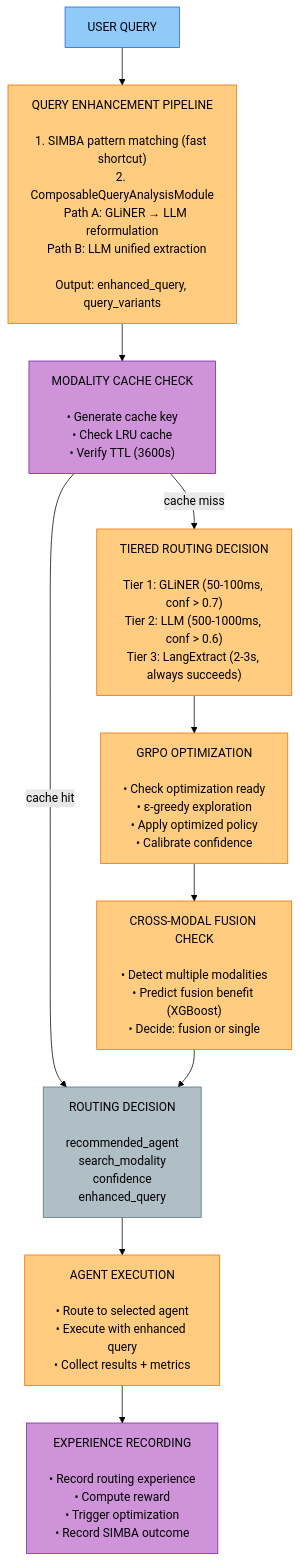
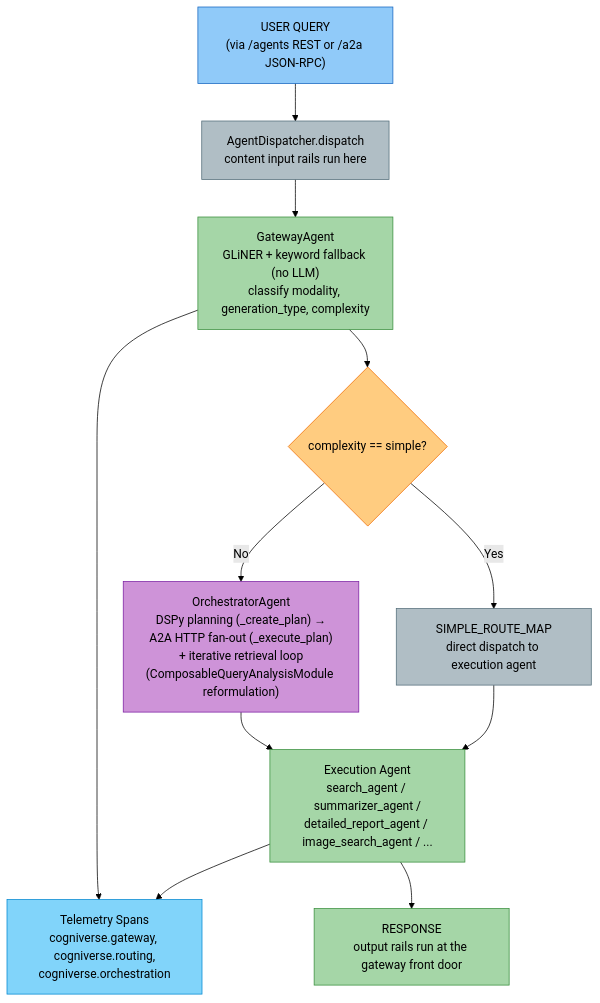
Before and after one commit to amit-jain/cogniverse: the fourth of 4 diagrams in docs/modules/routing.md, drawn with Mermaid (forest theme). The commit also changed other lines of this file and 50 other files, not shown here.

First line of the commit message:
Complete and verify docs against code with mermaid palette

````diff
--- a/docs/modules/routing.md
+++ b/docs/modules/routing.md
@@ -690,40 +709,41 @@
 ```mermaid
 flowchart TB
-    UserQuery["<span style='color:#000'>USER QUERY</span>"]
+    UserQuery["<span style='color:#000'>USER QUERY<br/>(via /agents REST or /a2a JSON-RPC)</span>"]
 
-    Enhancement["<span style='color:#000'>QUERY ENHANCEMENT PIPELINE<br/><br/>1. SIMBA pattern matching (fast shortcut)<br/>2. ComposableQueryAnalysisModule<br/>   Path A: GLiNER → LLM reformulation<br/>   Path B: LLM unified extraction<br/><br/>Output: enhanced_query, query_variants</span>"]
+    Dispatcher["<span style='color:#000'>AgentDispatcher.dispatch<br/>content input rails run here</span>"]
 
-    Cache["<span style='color:#000'>MODALITY CACHE CHECK<br/><br/>• Generate cache key<br/>• Check LRU cache<br/>• Verify TTL (3600s)</span>"]
+    Gateway["<span style='color:#000'>GatewayAgent<br/>GLiNER + keyword fallback (no LLM)<br/>classify modality, generation_type, complexity</span>"]
 
-    Tiered["<span style='color:#000'>TIERED ROUTING DECISION<br/><br/>Tier 1: GLiNER (50-100ms, conf > 0.7)<br/>Tier 2: LLM (500-1000ms, conf > 0.6)<br/>Tier 3: LangExtract (2-3s, always succeeds)</span>"]
+    Simple{"<span style='color:#000'>complexity == simple?</span>"}
 
-    GRPO["<span style='color:#000'>GRPO OPTIMIZATION<br/><br/>• Check optimization ready<br/>• ε-greedy exploration<br/>• Apply optimized policy<br/>• Calibrate confidence</span>"]
+    RouteMap["<span style='color:#000'>SIMPLE_ROUTE_MAP<br/>direct dispatch to execution agent</span>"]
 
-    Fusion["<span style='color:#000'>CROSS-MODAL FUSION CHECK<br/><br/>• Detect multiple modalities<br/>• Predict fusion benefit (XGBoost)<br/>• Decide: fusion or single</span>"]
+    Orchestrator["<span style='color:#000'>OrchestratorAgent<br/>DSPy planning (_create_plan) →<br/>A2A HTTP fan-out (_execute_plan)<br/>+ iterative retrieval loop<br/>(ComposableQueryAnalysisModule reformulation)</span>"]
 
-    Decision["<span style='color:#000'>ROUTING DECISION<br/><br/>recommended_agent<br/>search_modality<br/>confidence<br/>enhanced_query</span>"]
+    ExecAgent["<span style='color:#000'>Execution Agent<br/>search_agent / summarizer_agent /<br/>detailed_report_agent / image_search_agent / ...</span>"]
 
-    Execution["<span style='color:#000'>AGENT EXECUTION<br/><br/>• Route to selected agent<br/>• Execute with enhanced query<br/>• Collect results + metrics</span>"]
+    Spans["<span style='color:#000'>Telemetry Spans<br/>cogniverse.gateway, cogniverse.routing,<br/>cogniverse.orchestration</span>"]
 
-    Recording["<span style='color:#000'>EXPERIENCE RECORDING<br/><br/>• Record routing experience<br/>• Compute reward<br/>• Trigger optimization<br/>• Record SIMBA outcome</span>"]
+    Response["<span style='color:#000'>RESPONSE<br/>output rails run at the gateway front door</span>"]
 
-    UserQuery --> Enhancement
-    Enhancement --> Cache
-    Cache -->|cache miss| Tiered
-    Cache -->|cache hit| Decision
-    Tiered --> GRPO
-    GRPO --> Fusion
-    Fusion --> Decision
-    Decision --> Execution
-    Execution --> Recording
+    UserQuery --> Dispatcher
+    Dispatcher --> Gateway
+    Gateway --> Simple
+    Simple -->|Yes| RouteMap
+    Simple -->|No| Orchestrator
+    RouteMap --> ExecAgent
+    Orchestrator --> ExecAgent
+    ExecAgent --> Spans
+    Gateway --> Spans
+    ExecAgent --> Response
 
     style UserQuery fill:#90caf9,stroke:#1565c0,color:#000
-    style Enhancement fill:#ffcc80,stroke:#ef6c00,color:#000
-    style Cache fill:#ce93d8,stroke:#7b1fa2,color:#000
-    style Tiered fill:#ffcc80,stroke:#ef6c00,color:#000
-    style GRPO fill:#ffcc80,stroke:#ef6c00,color:#000
-    style Fusion fill:#ffcc80,stroke:#ef6c00,color:#000
-    style Decision fill:#b0bec5,stroke:#546e7a,color:#000
-    style Execution fill:#ffcc80,stroke:#ef6c00,color:#000
-    style Recording fill:#ce93d8,stroke:#7b1fa2,color:#000
+    style Dispatcher fill:#b0bec5,stroke:#546e7a,color:#000
+    style Gateway fill:#a5d6a7,stroke:#388e3c,color:#000
+    style Simple fill:#ffcc80,stroke:#ef6c00,color:#000
+    style RouteMap fill:#b0bec5,stroke:#546e7a,color:#000
+    style Orchestrator fill:#ce93d8,stroke:#7b1fa2,color:#000
+    style ExecAgent fill:#a5d6a7,stroke:#388e3c,color:#000
+    style Spans fill:#81d4fa,stroke:#0288d1,color:#000
+    style Response fill:#a5d6a7,stroke:#388e3c,color:#000
 ```
````
